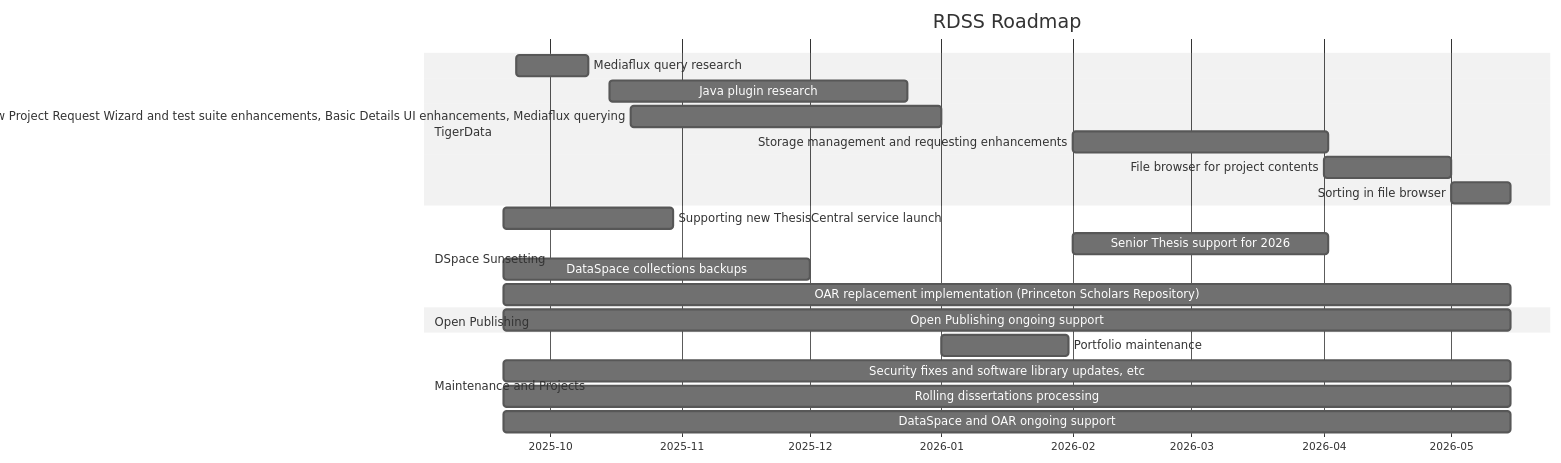
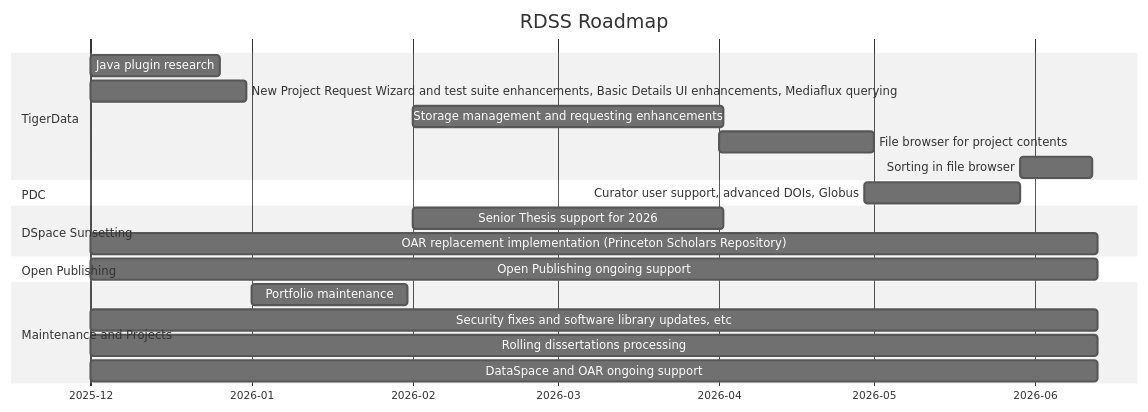
Before and after one commit to pulibrary/rdss-handbook: the diagram in roadmap.md, drawn with Mermaid (neutral theme).

Commit message:
Updated roadmap and moved date range (#360)

````diff
--- a/roadmap.md
+++ b/roadmap.md
@@ -5,26 +5,28 @@
 ```mermaid
 gantt
     title RDSS Roadmap
     axisFormat  %Y-%m
     dateformat YYYY-MM
-    section ORCID
+    
     section TigerData
-    Mediaflux query research: td5, 2025-09-23,17d
-    Java plugin research: td8, 2025-10-15, 70d
-    New Project Request Wizard and test suite enhancements, Basic Details UI enhancements, Mediaflux querying: td7, 2025-10-20,73d
+    Java plugin research: td8, 2025-12-01, 25d
+    New Project Request Wizard and test suite enhancements, Basic Details UI enhancements, Mediaflux querying: td7, 2025-12-01,30d
     Storage management and requesting enhancements: 2026-02-01, 60d
     File browser for project contents: 2026-04-01, 30d
-    Sorting in file browser: 2026-05-01, 14d
+    Sorting in file browser: 2026-05-29, 14d
+
+    section PDC
+    Curator user support, advanced DOIs, Globus: pdc1, 2026-04-29, 30d
     section DSpace Sunsetting
-    Supporting new ThesisCentral service launch: dsps2,2025-09-20,40d
     Senior Thesis support for 2026: dsp3, 2026-02-01, 60d
-    DataSpace collections backups: dsps4,2025-09-20,72d
-    OAR replacement implementation (Princeton Scholars Repository): dsps5, 2025-09-20, 237d
+    OAR replacement implementation (Princeton Scholars Repository): dsps5, 2025-12-01, 194d
+    
     section Open Publishing
-    Open Publishing ongoing support: dsp3,2025-09-20,237d
+    Open Publishing ongoing support: dsp3,2025-12-01, 194d
+    
     section Maintenance and Projects
     Portfolio maintenance: 2026-01-01, 30d
-    Security fixes and software library updates, etc: dsp1,2025-09-20,237d
-    Rolling dissertations processing: dsp2,2025-09-20,237d
-    DataSpace and OAR ongoing support: dsp3,2025-09-20,237d
+    Security fixes and software library updates, etc: dsp1,2025-12-01,194d
+    Rolling dissertations processing: dsp2,2025-12-01,194d
+    DataSpace and OAR ongoing support: dsp3,2025-12-01,194d
 ```
````
